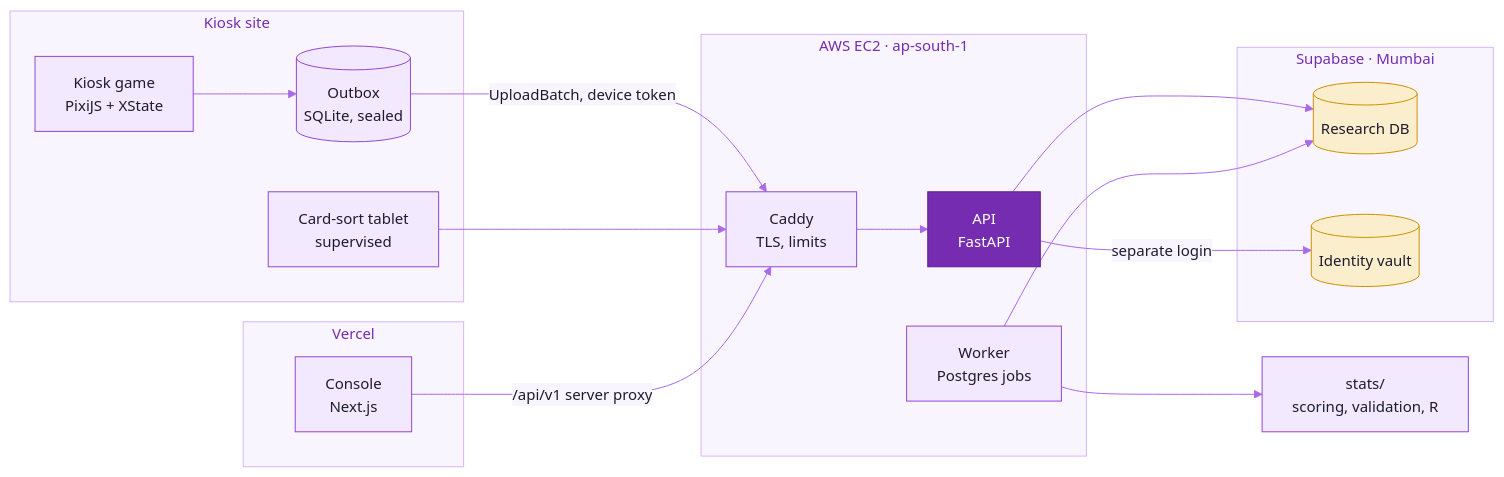
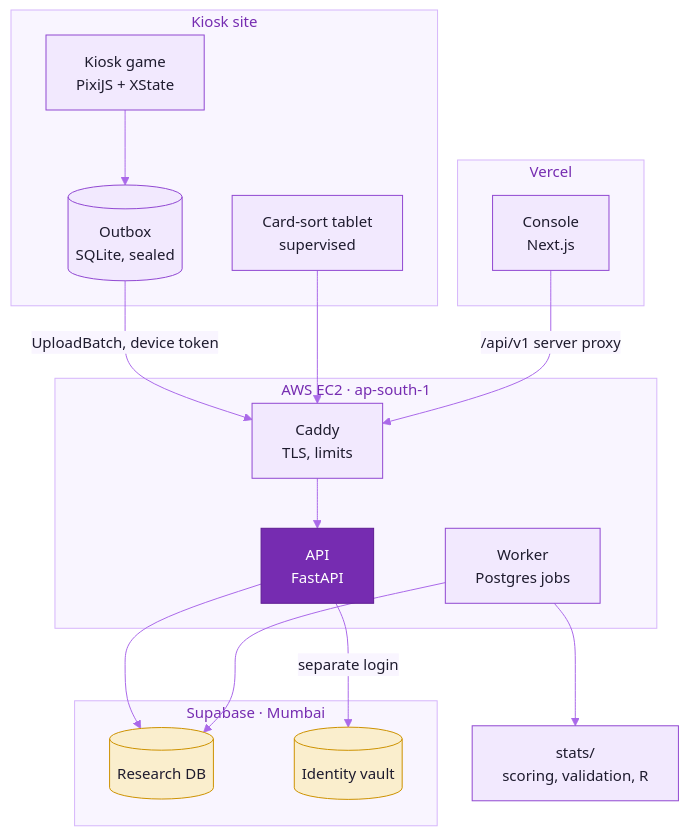
One commit to cxacraftecosystem-ui/behavioural-games changed the first of 3 diagrams in README.md. Above: the diagram before and after it, drawn with Mermaid. The commit also changed other lines of this file, not shown here.

Commit message:
README: the architecture diagram stacks top to bottom and the session statechart reads left to right, so both stay legible at column width

````diff
--- a/README.md
+++ b/README.md
@@ -77,35 +77,35 @@
 ```mermaid
 %%{init: {"theme":"base","themeVariables":{"fontFamily":"Inter, ui-sans-serif, system-ui, -apple-system, Segoe UI, Roboto, Helvetica, Arial, sans-serif","fontSize":"15px","primaryColor":"#F2E9FE","primaryTextColor":"#1E1B2E","primaryBorderColor":"#9148D2","secondaryColor":"#FAEECD","secondaryTextColor":"#1E1B2E","secondaryBorderColor":"#CD9200","tertiaryColor":"#F3F1FA","tertiaryTextColor":"#1E1B2E","tertiaryBorderColor":"#A7A3BC","mainBkg":"#F2E9FE","nodeBorder":"#9148D2","nodeTextColor":"#1E1B2E","lineColor":"#AA69E9","textColor":"#857F9E","edgeLabelBackground":"#F9F5FF","clusterBkg":"#F9F5FF","clusterBorder":"#D6B6FB","titleColor":"#762CB1","noteBkgColor":"#FAEECD","noteTextColor":"#1E1B2E","noteBorderColor":"#CD9200","actorBkg":"#F2E9FE","actorBorder":"#9148D2","actorTextColor":"#1E1B2E","actorLineColor":"#AA69E9","signalColor":"#AA69E9","signalTextColor":"#857F9E","labelBoxBkgColor":"#F2E9FE","labelBoxBorderColor":"#9148D2","labelTextColor":"#1E1B2E","loopTextColor":"#857F9E","activationBkgColor":"#E7D5FE","activationBorderColor":"#9148D2","sequenceNumberColor":"#FFFFFF","transitionColor":"#AA69E9","transitionLabelColor":"#857F9E","stateLabelColor":"#1E1B2E","stateBkg":"#F2E9FE","compositeBackground":"#F9F5FF","compositeTitleBackground":"#F2E9FE","attributeBackgroundColorOdd":"#FFFFFF","attributeBackgroundColorEven":"#F9F5FF","relationColor":"#AA69E9","relationLabelBackground":"#F9F5FF","relationLabelColor":"#1E1B2E"}}}%%
-flowchart LR
+flowchart TB
   subgraph Site["Kiosk site"]
     K["Kiosk game<br/>PixiJS + XState"]
     OB[("Outbox<br/>SQLite, sealed")]
     CS["Card-sort tablet<br/>supervised"]
   end
   subgraph Vercel["Vercel"]
     WEB["Console<br/>Next.js"]
   end
   subgraph EC2["AWS EC2 · ap-south-1"]
     CAD["Caddy<br/>TLS, limits"]
     API["API<br/>FastAPI"]
     WK["Worker<br/>Postgres jobs"]
   end
   subgraph SB["Supabase · Mumbai"]
     DB[("Research DB")]
     VA[("Identity vault")]
   end
   ST["stats/<br/>scoring, validation, R"]
   K --> OB
   OB -->|"UploadBatch, device token"| CAD
   CS --> CAD
   WEB -->|"/api/v1 server proxy"| CAD
   CAD --> API
   API --> DB
   API -->|"separate login"| VA
   WK --> DB
   WK --> ST
   classDef accent fill:#762CB1,stroke:#5F1C93,color:#FFFFFF
   classDef gold fill:#FAEECD,stroke:#CD9200,color:#1E1B2E
   class API accent
   class DB,VA gold
 ```
````
